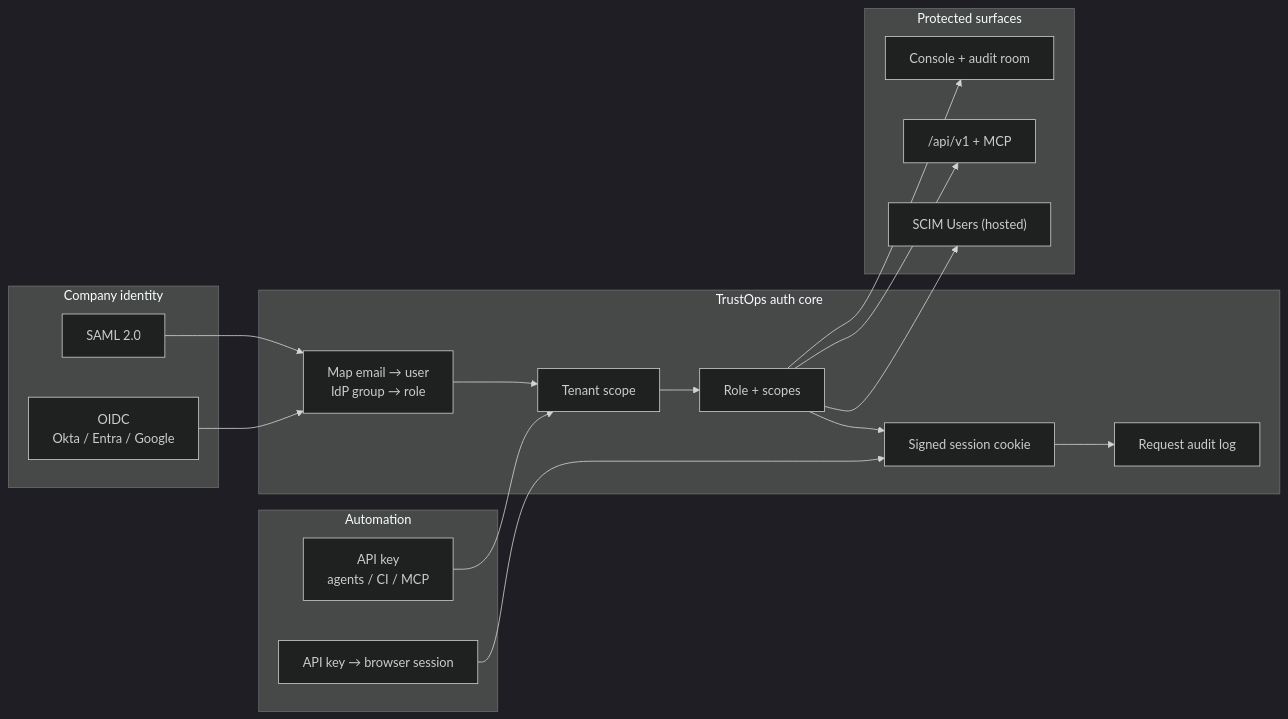
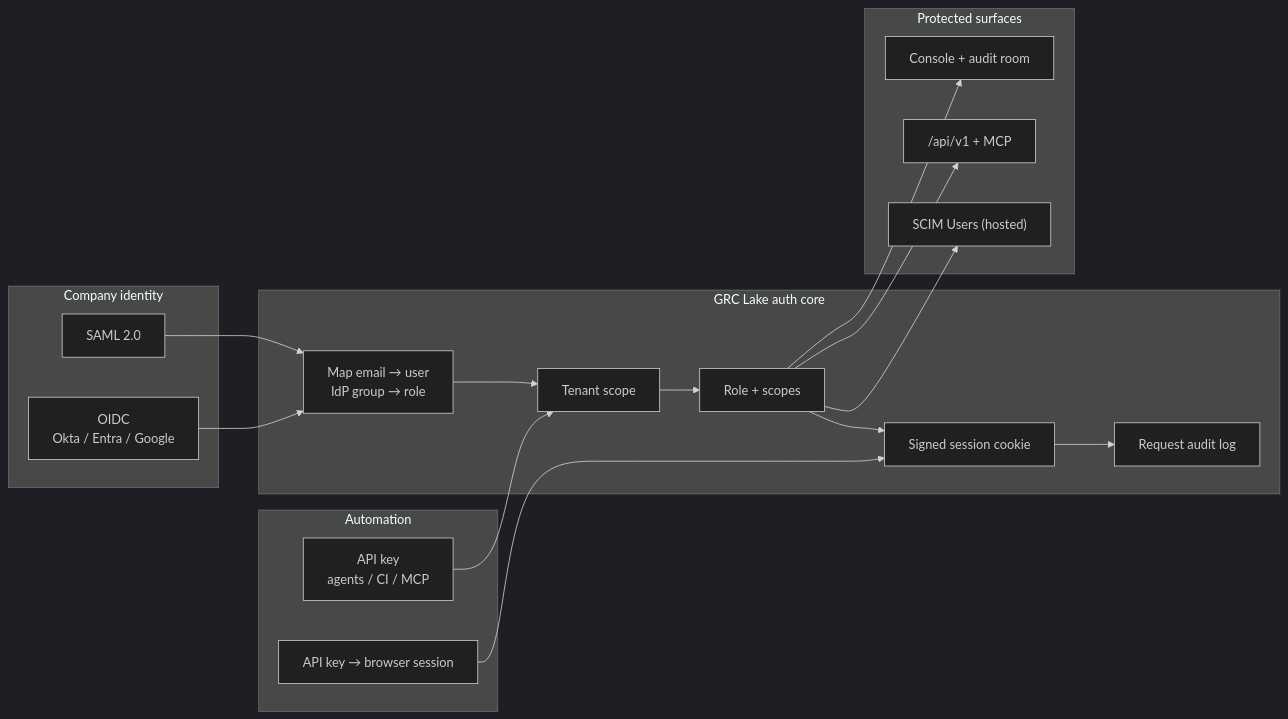
The first of 2 diagrams in docs/diagrams/auth-identity.md (msaad00/grc-lake), drawn with Mermaid (dark theme) before and after one commit. The commit also changed other lines of this file and 478 other files, not shown here.

Commit message:
feat: rebrand TrustOps as GRC Lake with upgrade aliases

````diff
--- a/docs/diagrams/auth-identity.md
+++ b/docs/diagrams/auth-identity.md
@@ -8,35 +8,35 @@
 ```mermaid
 flowchart LR
   subgraph IdP["Company identity"]
     OIDC["OIDC<br/>Okta / Entra / Google"]
     SAML["SAML 2.0"]
   end
 
   subgraph Headless["Automation"]
     KEY["API key<br/>agents / CI / MCP"]
     SESS["API key → browser session"]
   end
 
-  subgraph TrustOps["TrustOps auth core"]
+  subgraph GRC Lake["GRC Lake auth core"]
     MAP["Map email → user<br/>IdP group → role"]
     TEN["Tenant scope"]
     RBAC["Role + scopes"]
     SIGN["Signed session cookie"]
     AUD["Request audit log"]
   end
 
   subgraph Apps["Protected surfaces"]
     CON["Console + audit room"]
     V1["/api/v1 + MCP"]
     SCIM["SCIM Users (hosted)"]
   end
 
   OIDC --> MAP
   SAML --> MAP
   KEY --> TEN
   SESS --> SIGN
   MAP --> TEN --> RBAC --> SIGN --> AUD
   RBAC --> CON
   RBAC --> V1
   RBAC --> SCIM
 ```
````
